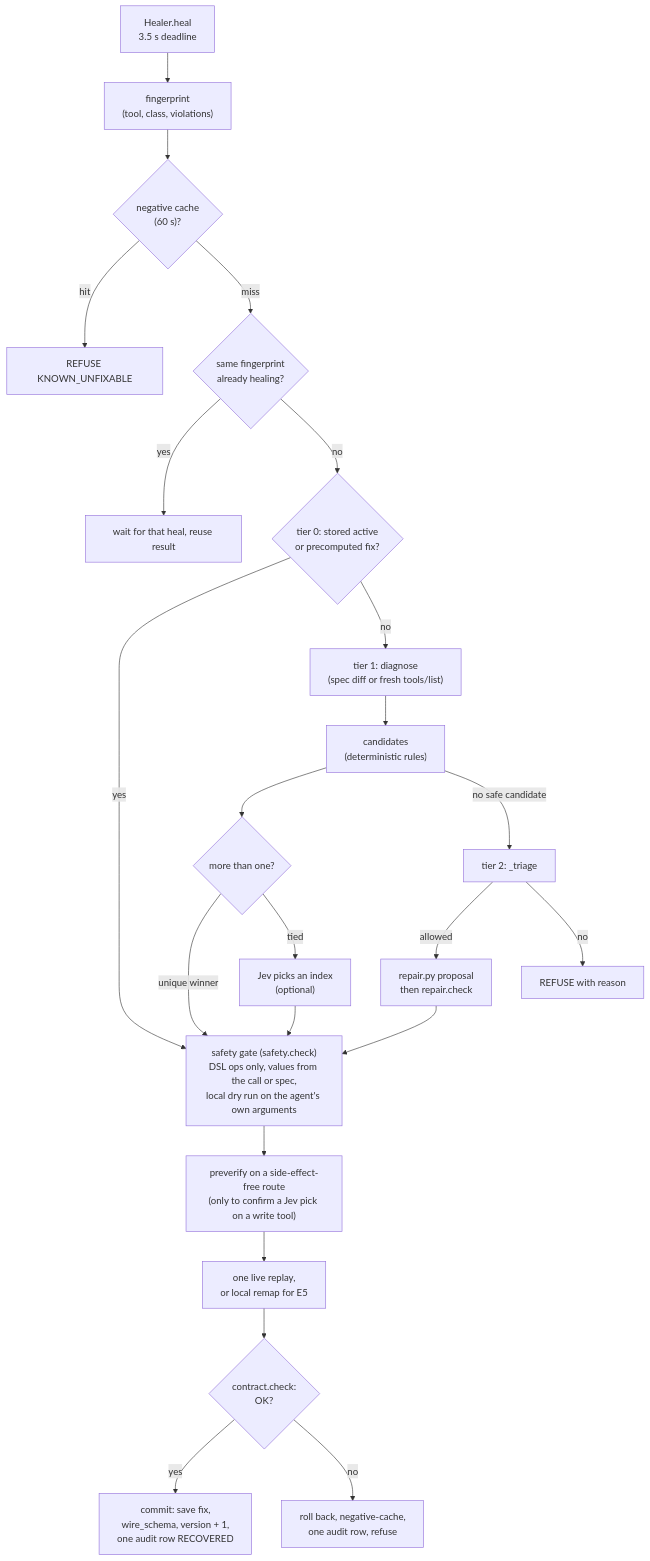
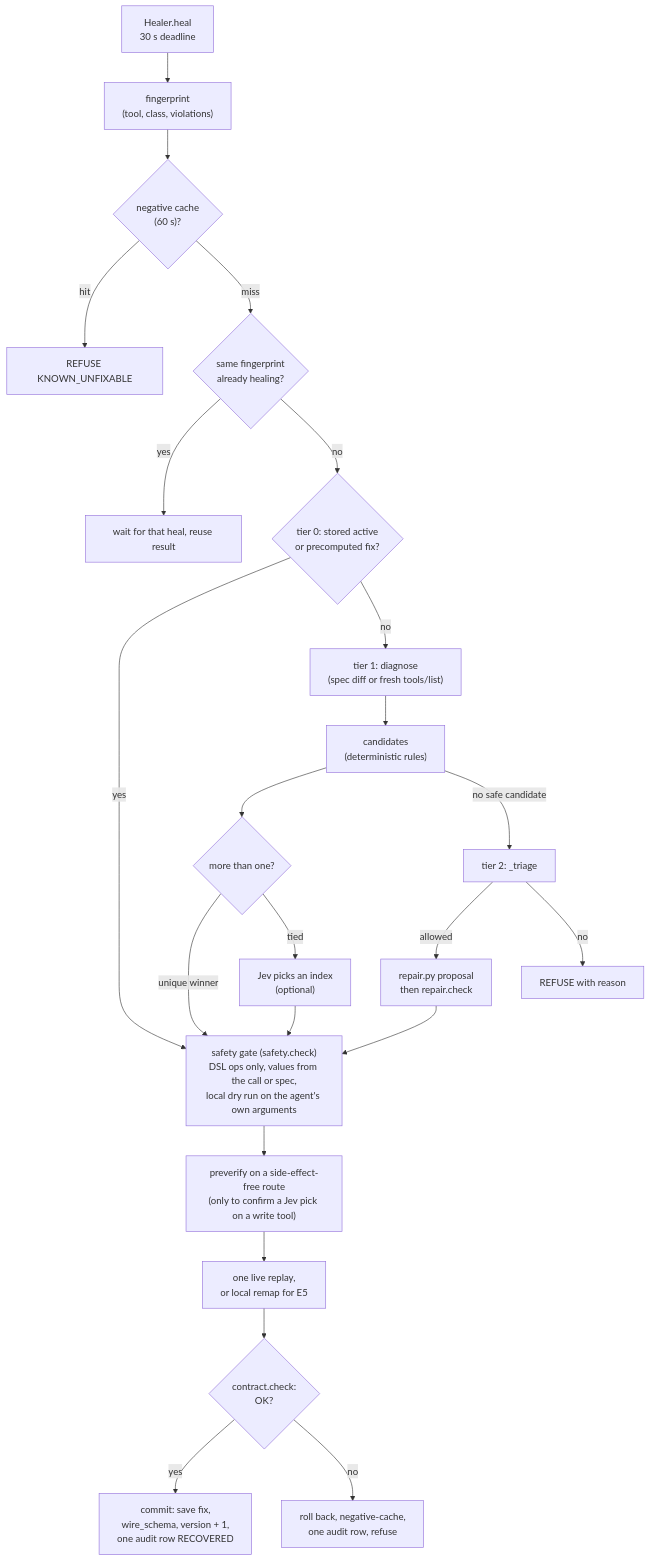
The third of 5 diagrams in FLOW.md (000wahab000/self-healing-tool-registry), drawn with Mermaid before and after one commit. The commit also changed other lines of this file and 197 other files, not shown here.

First line of the commit message:
test(chaos): petstore, faults, spec/MCP, GraphQL, Stripe suites; 30 s heal deadline

````diff
--- a/FLOW.md
+++ b/FLOW.md
@@ -87,23 +87,23 @@
 ```mermaid
 flowchart TD
-    S["Healer.heal<br/>3.5 s deadline"] --> FP["fingerprint<br/>(tool, class, violations)"]
+    S["Healer.heal<br/>30 s deadline"] --> FP["fingerprint<br/>(tool, class, violations)"]
     FP --> NC{"negative cache<br/>(60 s)?"}
     NC -- hit --> KU["REFUSE KNOWN_UNFIXABLE"]
     NC -- miss --> SF{"same fingerprint<br/>already healing?"}
     SF -- yes --> WAIT["wait for that heal, reuse result"]
     SF -- no --> T0{"tier 0: stored active<br/>or precomputed fix?"}
     T0 -- yes --> GATE
     T0 -- no --> DG["tier 1: diagnose<br/>(spec diff or fresh tools/list)"]
     DG --> CAND["candidates<br/>(deterministic rules)"]
     CAND --> TB{"more than one?"}
     TB -- "unique winner" --> GATE
     TB -- "tied" --> JEV["Jev picks an index<br/>(optional)"] --> GATE
     CAND -- "no safe candidate" --> TRI["tier 2: _triage"]
     TRI -- allowed --> REP["repair.py proposal<br/>then repair.check"] --> GATE
     TRI -- no --> RF["REFUSE with reason"]
     GATE["safety gate (safety.check)<br/>DSL ops only, values from the call or spec,<br/>local dry run on the agent's own arguments"] --> PV["preverify on a side-effect-free route<br/>(only to confirm a Jev pick on a write tool)"]
     PV --> VER["one live replay,<br/>or local remap for E5"]
     VER --> CT{"contract.check:<br/>OK?"}
     CT -- yes --> COM["commit: save fix,<br/>wire_schema, version + 1,<br/>one audit row RECOVERED"]
     CT -- no --> RB["roll back, negative-cache,<br/>one audit row, refuse"]
 ```
````
